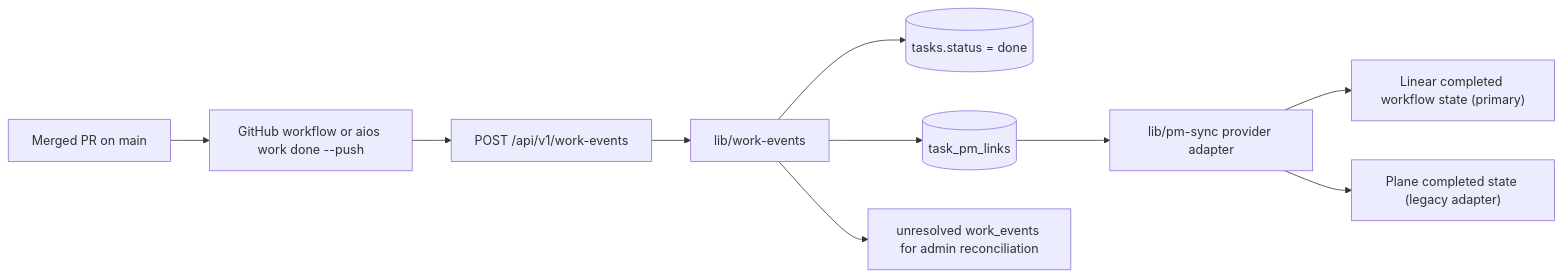
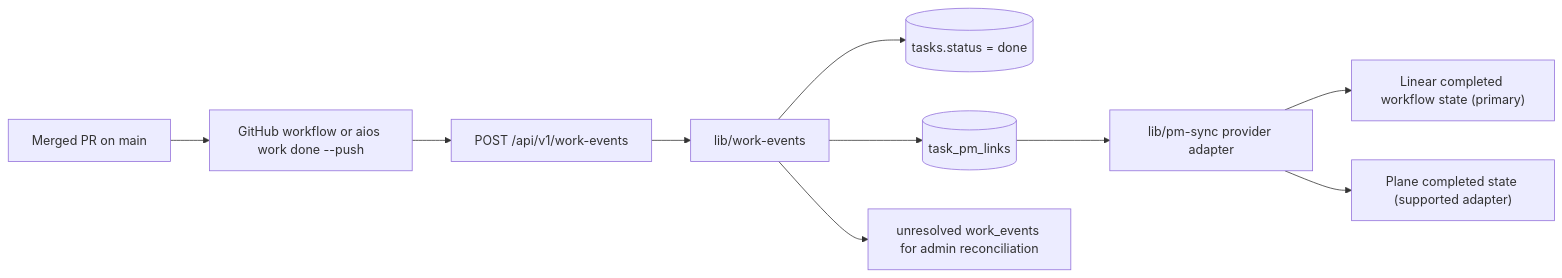
Before and after one commit to aiosbrain/aios-team-brain: the fifth of 7 diagrams in docs/ARCHITECTURE.md, drawn with Mermaid. The commit also changed other lines of this file and 1 other file, not shown here.

First line of the commit message:
docs(pm): reconcile Plane framing — supported provider, not retired (AIO-319, brain)

````diff
--- a/docs/ARCHITECTURE.md
+++ b/docs/ARCHITECTURE.md
@@ -205,12 +205,12 @@
 ```mermaid
 flowchart LR
   PR["Merged PR on main"] --> WF["GitHub workflow or aios work done --push"]
   WF --> API["POST /api/v1/work-events"]
   API --> EVT["lib/work-events"]
   EVT --> TASKS[("tasks.status = done")]
   EVT --> LINKS[("task_pm_links")]
   LINKS --> PMS["lib/pm-sync provider adapter"]
   PMS --> LINEAR["Linear completed workflow state (primary)"]
-  PMS --> PLANE["Plane completed state (legacy adapter)"]
+  PMS --> PLANE["Plane completed state (supported adapter)"]
   EVT --> UNRES["unresolved work_events for admin reconciliation"]
 ```
````
